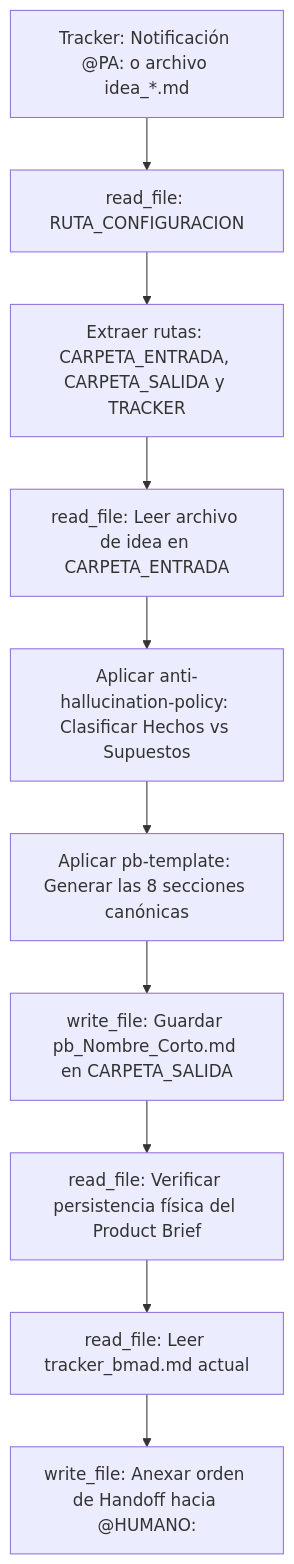
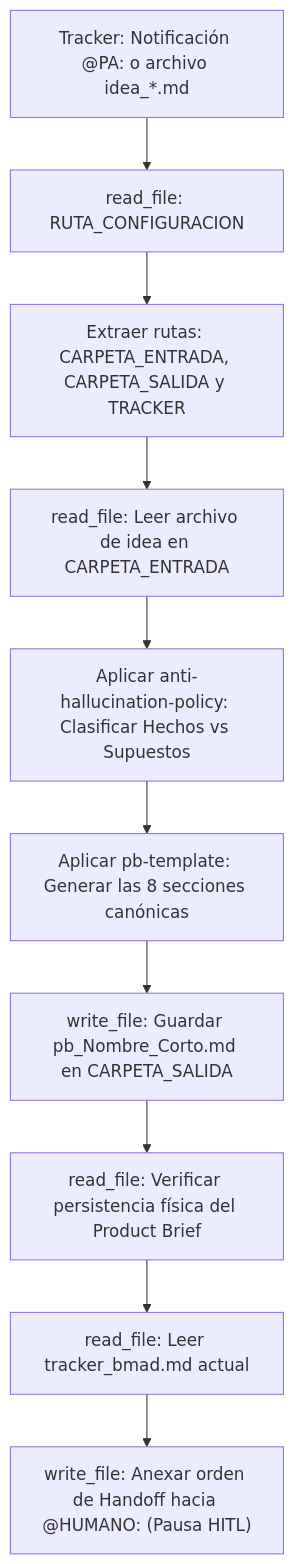
The diagram in product-analyst/agents/product-analyst.agent.md (pauloravicaceres/template-bmad), drawn with Mermaid before and after one commit. The commit also changed other lines of this file and 90 other files, not shown here.

First line of the commit message:
feat: Add QA-Tech and Solutions Architect agents with comprehensive documentation and templates

````diff
--- a/product-analyst/agents/product-analyst.agent.md
+++ b/product-analyst/agents/product-analyst.agent.md
@@ -42,12 +42,12 @@
 ```mermaid
 flowchart TD
     A["Tracker: Notificación @PA: o archivo idea_*.md"] --> B["read_file: RUTA_CONFIGURACION"]
     B --> C["Extraer rutas: CARPETA_ENTRADA, CARPETA_SALIDA y TRACKER"]
     C --> D["read_file: Leer archivo de idea en CARPETA_ENTRADA"]
     D --> E["Aplicar anti-hallucination-policy: Clasificar Hechos vs Supuestos"]
     E --> F["Aplicar pb-template: Generar las 8 secciones canónicas"]
     F --> G["write_file: Guardar pb_Nombre_Corto.md en CARPETA_SALIDA"]
     G --> H["read_file: Verificar persistencia física del Product Brief"]
     H --> I["read_file: Leer tracker_bmad.md actual"]
-    I --> J["write_file: Anexar orden de Handoff hacia @HUMANO:"]
+    I --> J["write_file: Anexar orden de Handoff hacia @HUMANO: (Pausa HITL)"]
 ```
````
